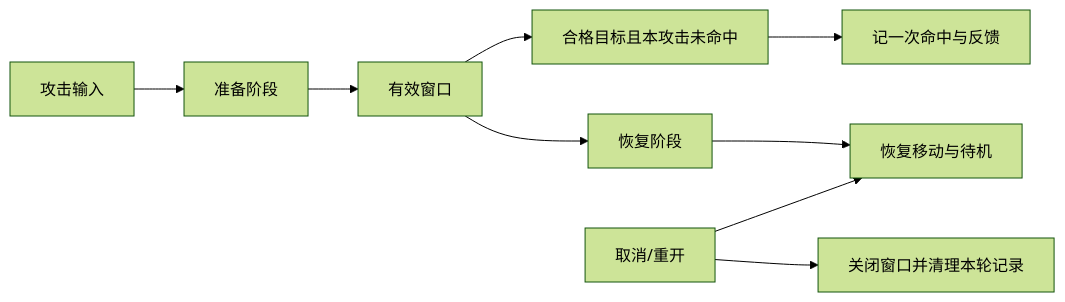
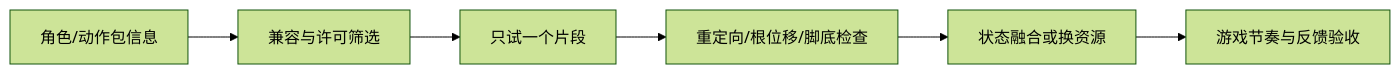
The diagram in curriculum/dialogues/D06.md (Zilur/ai-3d-game-learning), drawn with Mermaid (forest theme) before and after one commit. The commit also changed other lines of this file and 57 other files, not shown here.

````diff
--- a/curriculum/dialogues/D06.md
+++ b/curriculum/dialogues/D06.md
@@ -27,11 +27,8 @@
 ```mermaid
 flowchart LR
- I["攻击输入"] --> W["准备阶段"]
- W --> A["有效窗口"]
- A --> C["合格目标且本攻击未命中"]
- C --> H["记一次命中与反馈"]
- A --> R["恢复阶段"]
- R --> M["恢复移动与待机"]
- X["取消/重开"] --> M
- X --> OFF["关闭窗口并清理本轮记录"]
+  P["角色/动作包信息"] --> C["兼容与许可筛选"]
+  C --> T["只试一个片段"]
+  T --> R["重定向/根位移/脚底检查"]
+  R --> B["状态融合或换资源"]
+  B --> G["游戏节奏与反馈验收"]
 ```
````
